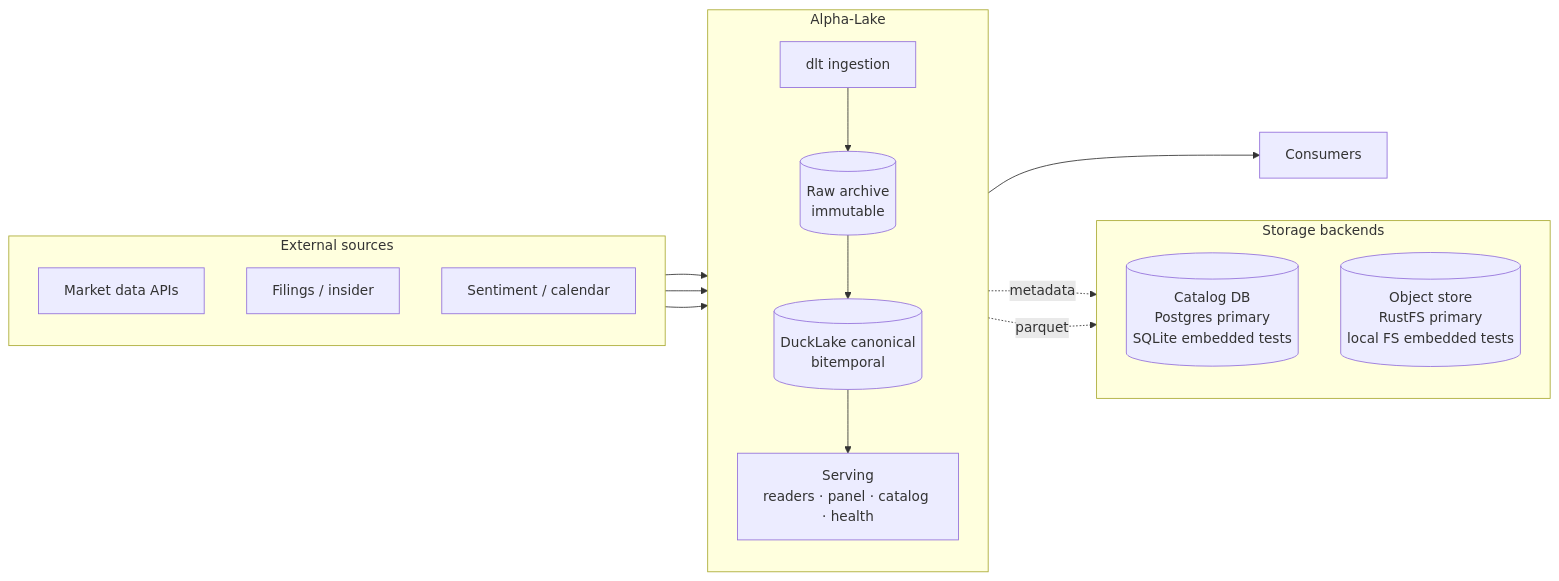
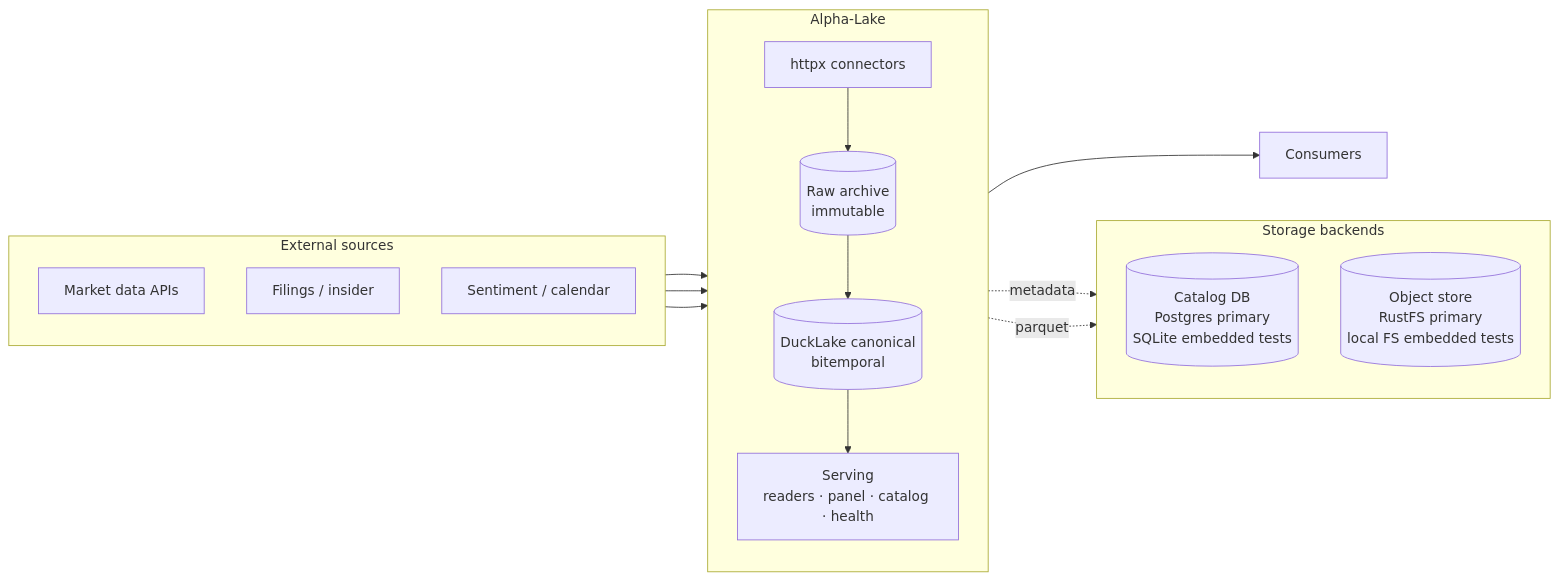
One commit to mblaauw/alpha-lake changed the first of 6 diagrams in docs/DESIGN.md. Above: the diagram before and after it, drawn with Mermaid. The commit also changed other lines of this file and 2 other files, not shown here.

First line of the commit message:
A — Supersede ADR-0008 + de-dlt DESIGN.md

````diff
--- a/docs/DESIGN.md
+++ b/docs/DESIGN.md
@@ -50,25 +50,25 @@
 ```mermaid
 flowchart LR
   subgraph SRC[External sources]
     direction TB
     S1[Market data APIs]
     S2[Filings / insider]
     S3[Sentiment / calendar]
   end
   subgraph LAKE[Alpha-Lake]
     direction TB
-    ING[dlt ingestion]
+    ING[httpx connectors]
     RAW[(Raw archive<br/>immutable)]
     CAN[(DuckLake canonical<br/>bitemporal)]
     SRV[Serving<br/>readers · panel · catalog · health]
   end
   subgraph STORE[Storage backends]
     direction TB
     CAT[(Catalog DB<br/>Postgres primary<br/>SQLite embedded tests)]
     OBJ[(Object store<br/>RustFS primary<br/>local FS embedded tests)]
   end
   CON[Consumers]
   S1 & S2 & S3 --> ING --> RAW --> CAN --> SRV --> CON
   CAN -. metadata .-> CAT
   CAN -. parquet .-> OBJ
 ```
````
